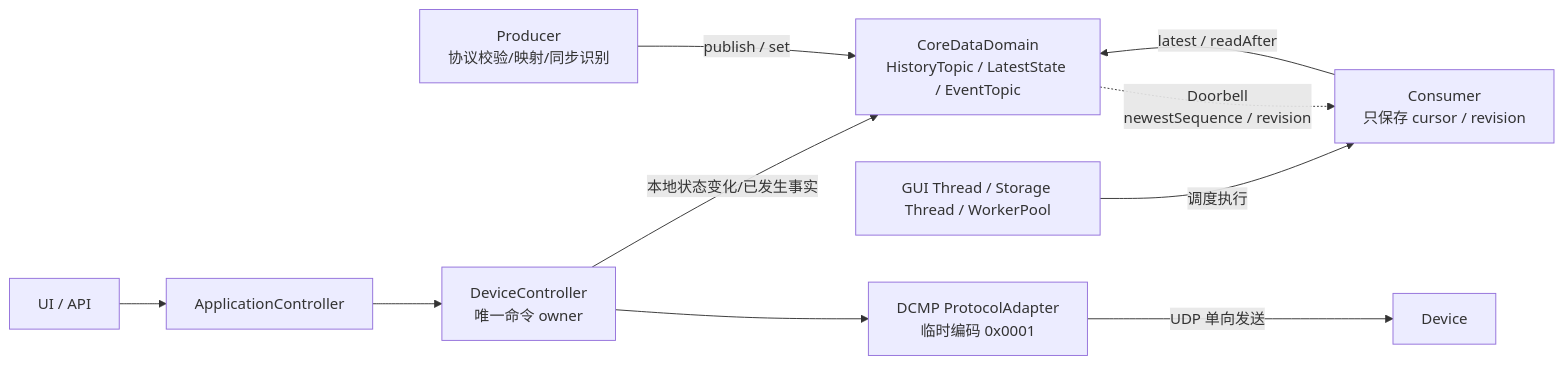
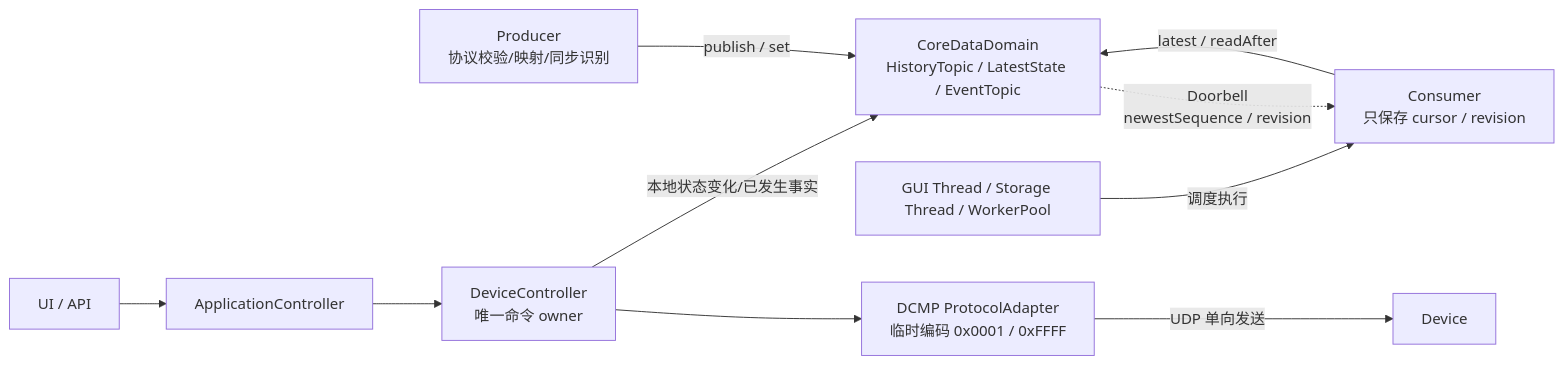
One commit to YoungL524/newAnti_arch changed the diagram in AGENTS.md. Above: the diagram before and after it, drawn with Mermaid. The commit also changed other lines of this file and 28 other files, not shown here.

````diff
--- a/AGENTS.md
+++ b/AGENTS.md
@@ -14,14 +14,14 @@
 ```mermaid
 flowchart LR
     Producer[Producer<br/>协议校验/映射/同步识别] -->|publish / set| Domain[CoreDataDomain<br/>HistoryTopic / LatestState / EventTopic]
 
     Consumer[Consumer<br/>只保存 cursor / revision] -->|latest / readAfter| Domain
     Domain -.->|Doorbell<br/>newestSequence / revision| Consumer
     Executor[GUI Thread / Storage Thread / WorkerPool] -->|调度执行| Consumer
 
     UiApi[UI / API] --> ApplicationController[ApplicationController]
     ApplicationController --> DeviceController[DeviceController<br/>唯一命令 owner]
-    DeviceController --> ProtocolAdapter[DCMP ProtocolAdapter<br/>临时编码 0x0001]
+    DeviceController --> ProtocolAdapter[DCMP ProtocolAdapter<br/>临时编码 0x0001 / 0xFFFF]
     ProtocolAdapter -->|UDP 单向发送| Device[Device]
     DeviceController -->|本地状态变化/已发生事实| Domain
 ```
````
